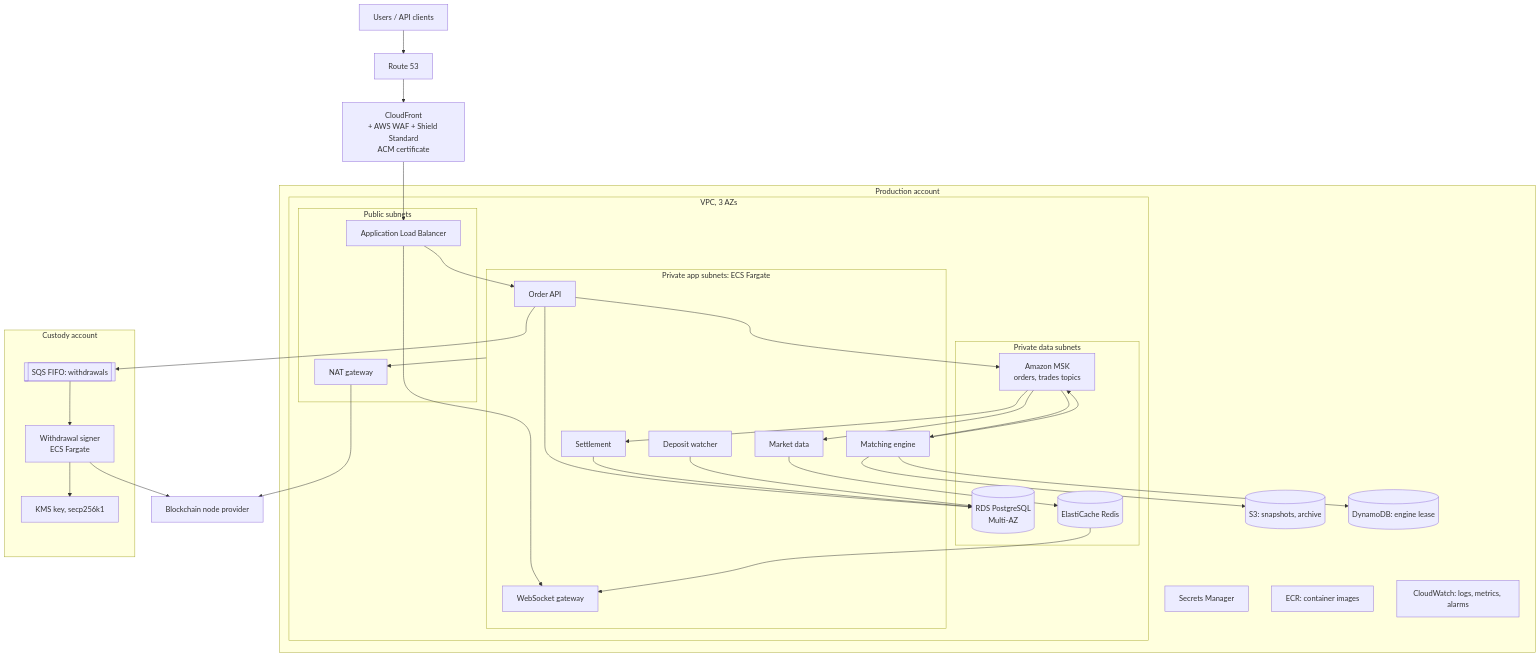
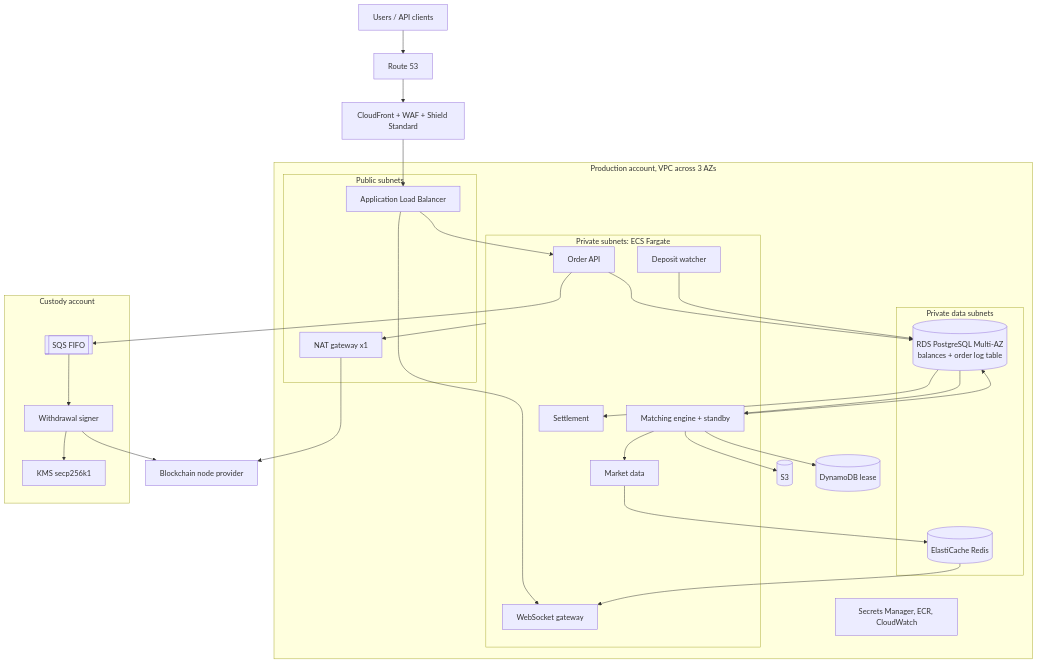
One commit to knightus/99tech-devops-challenge changed the third of 6 diagrams in src/problem1/SOLUTION.md. Above: the diagram before and after it, drawn with Mermaid. The commit also changed other lines of this file, not shown here.

Commit message:
docs: show AWS resources per deployment option instead of one option

````diff
--- a/src/problem1/SOLUTION.md
+++ b/src/problem1/SOLUTION.md
@@ -51,54 +98,40 @@
 ```mermaid
 flowchart TB
-  Users[Users / API clients] --> R53[Route 53]
-  R53 --> CF[CloudFront<br/>+ AWS WAF + Shield Standard<br/>ACM certificate]
-
-  subgraph Prod["Production account"]
-    subgraph VPC["VPC, 3 AZs"]
-      subgraph Public["Public subnets"]
-        ALB[Application Load Balancer]
-        NAT[NAT gateway]
-      end
-      subgraph App["Private app subnets: ECS Fargate"]
-        API[Order API]
-        WSG[WebSocket gateway]
-        ME[Matching engine]
-        SET[Settlement]
-        MD[Market data]
-        DW[Deposit watcher]
-      end
-      subgraph Data["Private data subnets"]
-        MSK[Amazon MSK<br/>orders, trades topics]
-        RDS[(RDS PostgreSQL<br/>Multi-AZ)]
-        EC[(ElastiCache Redis)]
-      end
+  Users[Users / API clients] --> R53[Route 53] --> CF[CloudFront + WAF + Shield Standard]
+  subgraph Prod["Production account, VPC across 3 AZs"]
+    subgraph Public["Public subnets"]
+      ALB[Application Load Balancer]
+      NAT[NAT gateway x1]
     end
-    S3[(S3: snapshots, archive)]
-    DDB[(DynamoDB: engine lease)]
-    SM[Secrets Manager]
-    ECR[ECR: container images]
-    CW[CloudWatch: logs, metrics, alarms]
+    subgraph App["Private subnets: ECS Fargate"]
+      API[Order API]
+      WSG[WebSocket gateway]
+      ME[Matching engine + standby]
+      SET[Settlement]
+      MD[Market data]
+      DW[Deposit watcher]
+    end
+    subgraph Data["Private data subnets"]
+      RDS[(RDS PostgreSQL Multi-AZ<br/>balances + order log table)]
+      EC[(ElastiCache Redis)]
+    end
+    S3[(S3)]
+    DDB[(DynamoDB lease)]
+    OPS[Secrets Manager, ECR, CloudWatch]
   end
-
   subgraph Custody["Custody account"]
-    SQS[[SQS FIFO: withdrawals]]
-    SIG[Withdrawal signer<br/>ECS Fargate]
-    KMS[KMS key, secp256k1]
+    SQS[[SQS FIFO]] --> SIG[Withdrawal signer] --> KMS[KMS secp256k1]
   end
-
-  CF --> ALB
-  ALB --> API
+  CF --> ALB --> API
   ALB --> WSG
   API --> RDS
-  API --> MSK
-  MSK --> ME --> MSK
-  MSK --> SET --> RDS
-  MSK --> MD --> EC --> WSG
+  RDS --> ME --> RDS
+  RDS --> SET
+  ME --> MD --> EC --> WSG
   ME --> S3
   ME --> DDB
   DW --> RDS
-  API --> SQS --> SIG --> KMS
-  App --> NAT
-  NAT --> NP[Blockchain node provider]
+  API --> SQS
+  App --> NAT --> NP[Blockchain node provider]
   SIG --> NP
 ```
````
